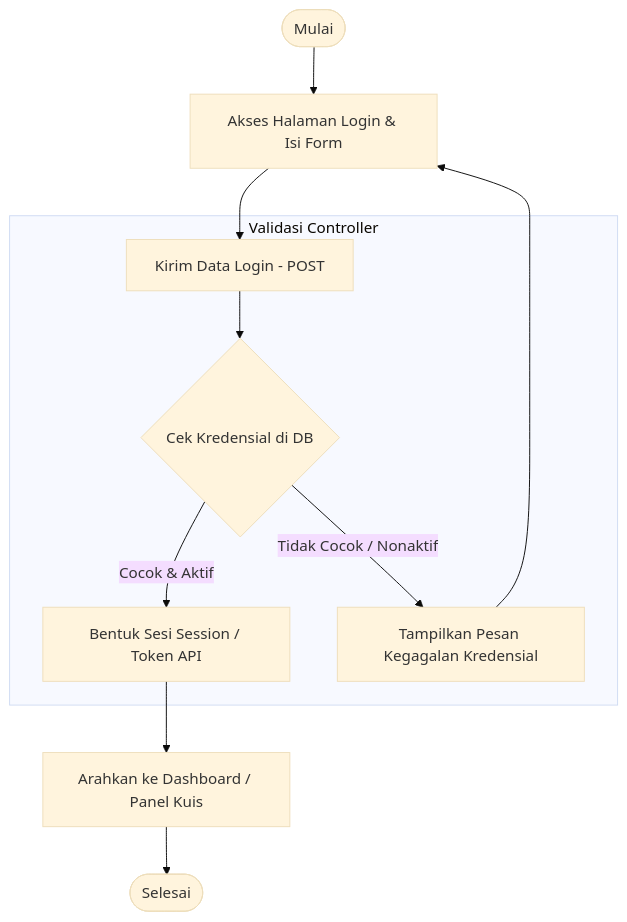
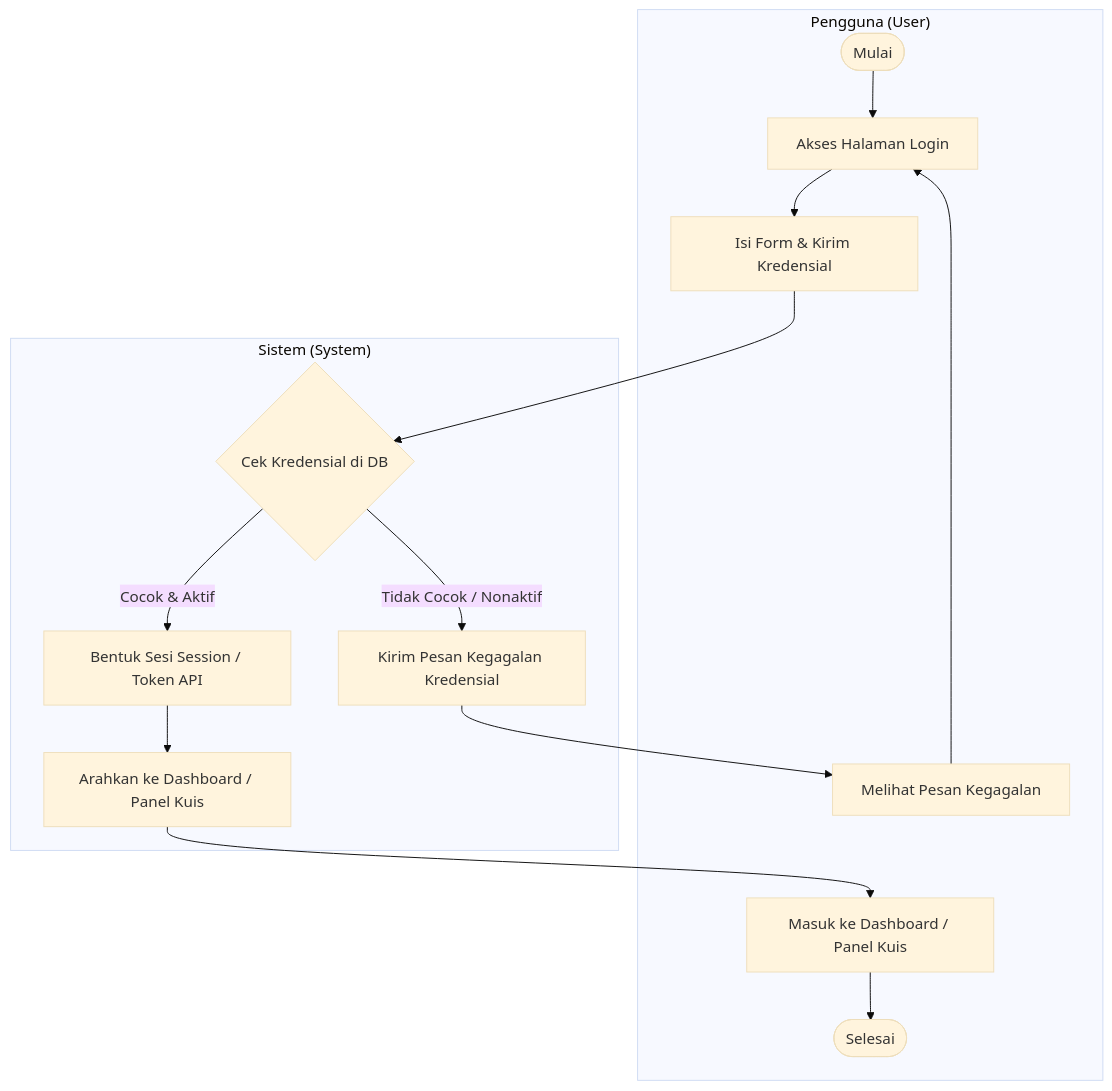
The third of 10 diagrams in docs/dokumentasi_sistem_dan_diagram.md (fikriks/quiz-shift-web), drawn with Mermaid (base theme) before and after one commit. The commit also changed other lines of this file and 2 other files, not shown here.

Commit message:
refactor: update system documentation and diagrams to refine actor-system interaction flows

````diff
--- a/docs/dokumentasi_sistem_dan_diagram.md
+++ b/docs/dokumentasi_sistem_dan_diagram.md
@@ -331,15 +331,18 @@
 ```mermaid
 flowchart TD
-    Mulai([Mulai]) --> BukaForm[Akses Halaman Login & Isi Form]
-    BukaForm --> KirimKredensial[Kirim Data Login - POST]
-    
-    subgraph ProsesServer ["Validasi Controller"]
-        KirimKredensial --> CekDB{Cek Kredensial di DB}
+    subgraph Pengguna ["Pengguna (User)"]
+        Mulai([Mulai]) --> BukaForm[Akses Halaman Login]
+        BukaForm --> IsiForm[Isi Form & Kirim Kredensial]
+        TampilGagal[Melihat Pesan Kegagalan] --> BukaForm
+        MasukDashboard[Masuk ke Dashboard / Panel Kuis] --> Selesai([Selesai])
+    end
+
+    subgraph Sistem ["Sistem (System)"]
+        IsiForm --> CekDB{Cek Kredensial di DB}
         CekDB -- Cocok & Aktif --> BuatSesi[Bentuk Sesi Session / Token API]
-        CekDB -- Tidak Cocok / Nonaktif --> BeriGagal[Tampilkan Pesan Kegagalan Kredensial]
+        CekDB -- Tidak Cocok / Nonaktif --> BeriGagal[Kirim Pesan Kegagalan Kredensial]
+        BeriGagal --> TampilGagal
+        BuatSesi --> ArahkanDashboard[Arahkan ke Dashboard / Panel Kuis]
+        ArahkanDashboard --> MasukDashboard
     end
-    
-    BeriGagal --> BukaForm
-    BuatSesi --> MasukDashboard[Arahkan ke Dashboard / Panel Kuis]
-    MasukDashboard --> Selesai([Selesai])
 ```
````
